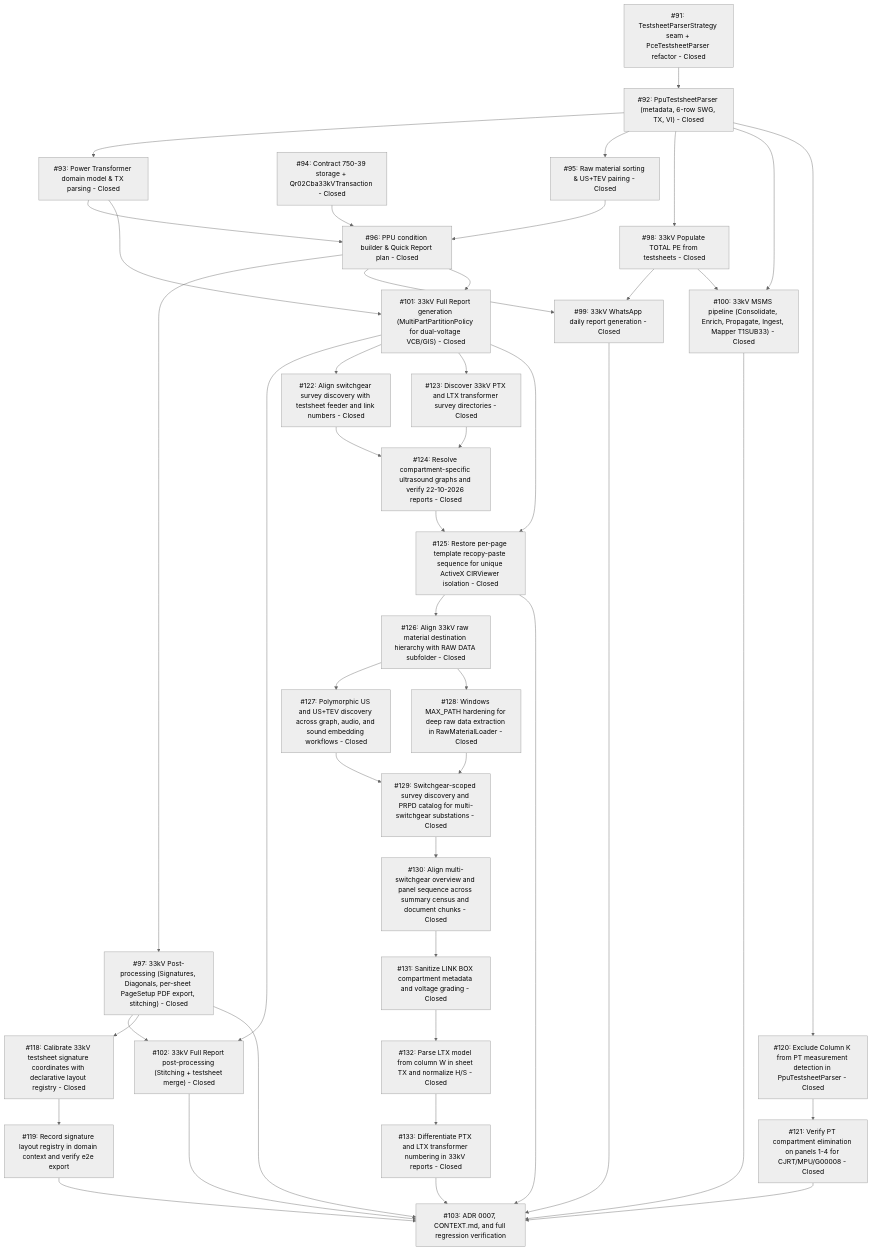
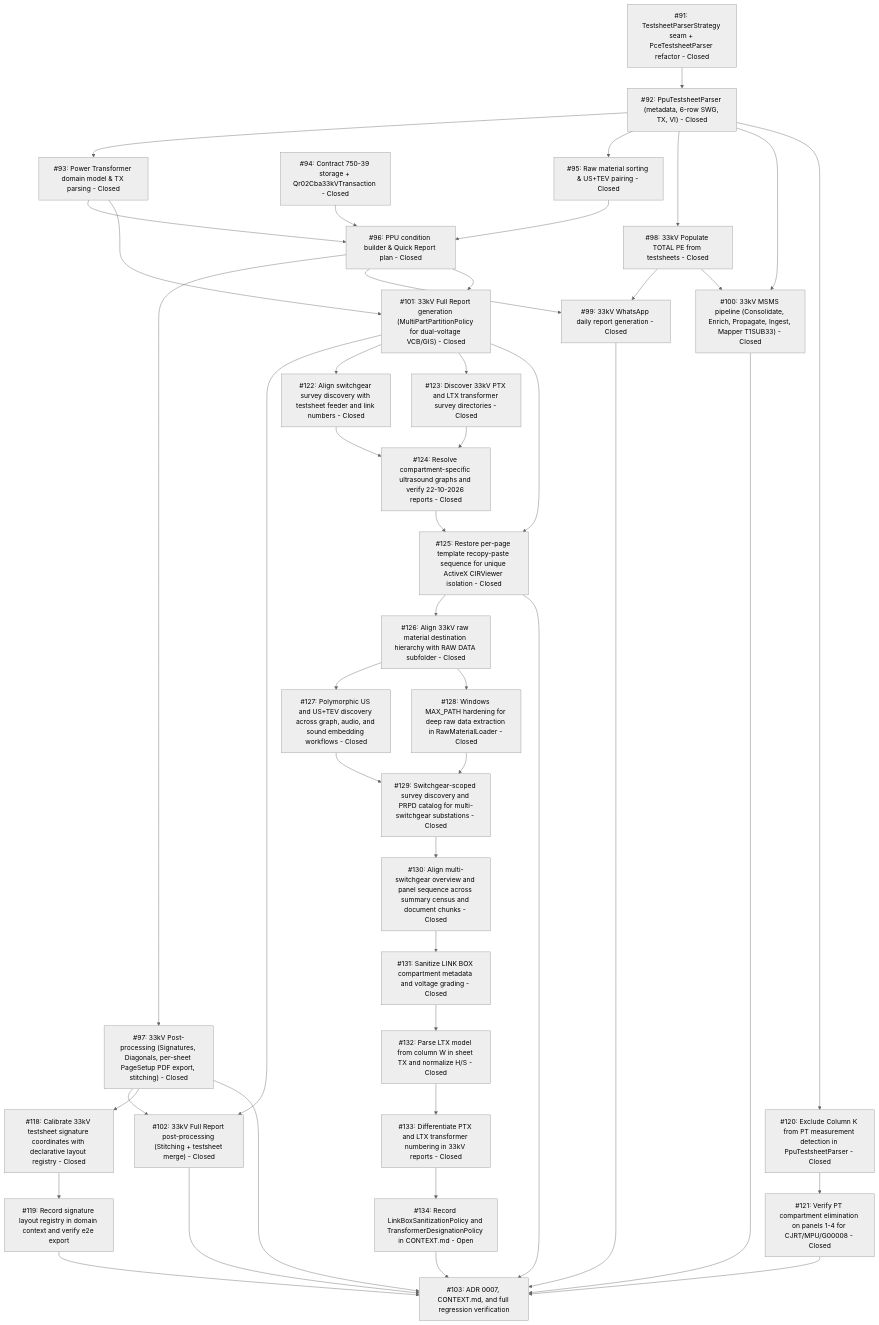
The diagram in .wayfinder/33kv-system-workflow/map.md (adamlarGit/pahang-cli), drawn with Mermaid (neutral theme) before and after one commit. The commit also changed other lines of this file and 2 other files, not shown here.

Commit message:
docs(domain): record LinkBoxSanitizationPolicy and TransformerDesignationPolicy in CONTEXT.md (#134)

````diff
--- a/.wayfinder/33kv-system-workflow/map.md
+++ b/.wayfinder/33kv-system-workflow/map.md
@@ -55,76 +55,78 @@
 ```mermaid
 graph TD
     T91["#91: TestsheetParserStrategy seam + PceTestsheetParser refactor - Closed"]
     T92["#92: PpuTestsheetParser (metadata, 6-row SWG, TX, VI) - Closed"]
     T93["#93: Power Transformer domain model & TX parsing - Closed"]
     T94["#94: Contract 750-39 storage + Qr02Cba33kVTransaction - Closed"]
     T95["#95: Raw material sorting & US+TEV pairing - Closed"]
     T96["#96: PPU condition builder & Quick Report plan - Closed"]
     T97["#97: 33kV Post-processing (Signatures, Diagonals, per-sheet PageSetup PDF export, stitching) - Closed"]
     T98["#98: 33kV Populate TOTAL PE from testsheets - Closed"]
     T99["#99: 33kV WhatsApp daily report generation - Closed"]
     T100["#100: 33kV MSMS pipeline (Consolidate, Enrich, Propagate, Ingest, Mapper T1SUB33) - Closed"]
     T101["#101: 33kV Full Report generation (MultiPartPartitionPolicy for dual-voltage VCB/GIS) - Closed"]
     T102["#102: 33kV Full Report post-processing (Stitching + testsheet merge) - Closed"]
     T118["#118: Calibrate 33kV testsheet signature coordinates with declarative layout registry - Closed"]
     T119["#119: Record signature layout registry in domain context and verify e2e export"]
     T120["#120: Exclude Column K from PT measurement detection in PpuTestsheetParser - Closed"]
     T121["#121: Verify PT compartment elimination on panels 1-4 for CJRT/MPU/G00008 - Closed"]
     T122["#122: Align switchgear survey discovery with testsheet feeder and link numbers - Closed"]
     T123["#123: Discover 33kV PTX and LTX transformer survey directories - Closed"]
     T124["#124: Resolve compartment-specific ultrasound graphs and verify 22-10-2026 reports - Closed"]
     T125["#125: Restore per-page template recopy-paste sequence for unique ActiveX CIRViewer isolation - Closed"]
     T126["#126: Align 33kV raw material destination hierarchy with RAW DATA subfolder - Closed"]
     T127["#127: Polymorphic US and US+TEV discovery across graph, audio, and sound embedding workflows - Closed"]
     T128["#128: Windows MAX_PATH hardening for deep raw data extraction in RawMaterialLoader - Closed"]
     T129["#129: Switchgear-scoped survey discovery and PRPD catalog for multi-switchgear substations - Closed"]
     T130["#130: Align multi-switchgear overview and panel sequence across summary census and document chunks - Closed"]
     T131["#131: Sanitize LINK BOX compartment metadata and voltage grading - Closed"]
     T132["#132: Parse LTX model from column W in sheet TX and normalize H/S - Closed"]
     T133["#133: Differentiate PTX and LTX transformer numbering in 33kV reports - Closed"]
+    T134["#134: Record LinkBoxSanitizationPolicy and TransformerDesignationPolicy in CONTEXT.md - Open"]
     T103["#103: ADR 0007, CONTEXT.md, and full regression verification"]
 
     T91 --> T92
     T92 --> T93
     T92 --> T95
     T92 --> T98
     T94 --> T96
     T93 --> T96
     T95 --> T96
     T96 --> T97
     T96 --> T99
     T98 --> T99
     T98 --> T100
     T92 --> T100
     T93 --> T101
     T96 --> T101
     T97 --> T102
     T101 --> T102
     T97 --> T118
     T118 --> T119
     T119 --> T103
     T92 --> T120
     T120 --> T121
     T121 --> T103
     T101 --> T122
     T101 --> T123
     T122 --> T124
     T123 --> T124
     T124 --> T125
     T125 --> T126
     T126 --> T127
     T126 --> T128
     T127 --> T129
     T128 --> T129
     T129 --> T130
     T130 --> T131
     T131 --> T132
     T132 --> T133
-    T133 --> T103
+    T133 --> T134
+    T134 --> T103
     T101 --> T125
     T125 --> T103
     T97 --> T103
     T99 --> T103
     T100 --> T103
     T102 --> T103
 ```
````
